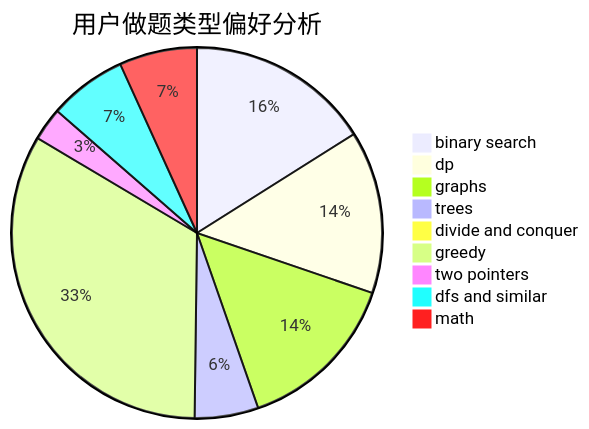
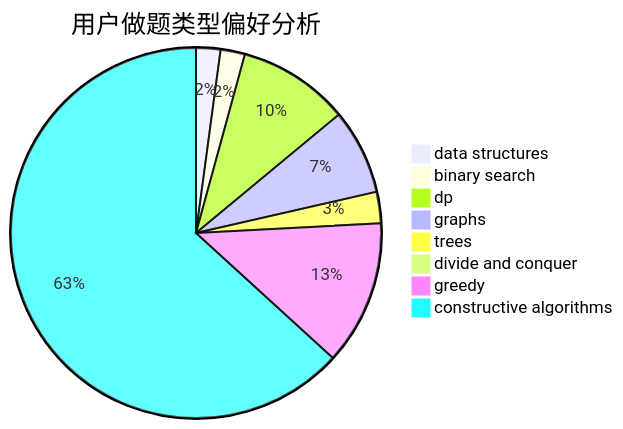
The second of 3 diagrams in docs/user/u884.md (sherpahu/cfrs.github.io), drawn with Mermaid before and after one commit. The commit also changed other lines of this file and 2775 other files, not shown here.

````diff
--- a/docs/user/u884.md
+++ b/docs/user/u884.md
@@ -23,12 +23,11 @@
 ```mermaid
 pie title 用户做题类型偏好分析
-    "binary search" :  78
-    "dp" :  69
-    "graphs" :  70
-    "trees" :  27
+    "data structures" :  14
+    "binary search" :  14
+    "dp" :  64
+    "graphs" :  49
+    "trees" :  18
     "divide and conquer" :  0
-    "greedy" :  162
-    "two pointers" :  14
-    "dfs and similar" :  33
-    "math" :  33
+    "greedy" :  83
+    "constructive algorithms" :  416
 ```
````
